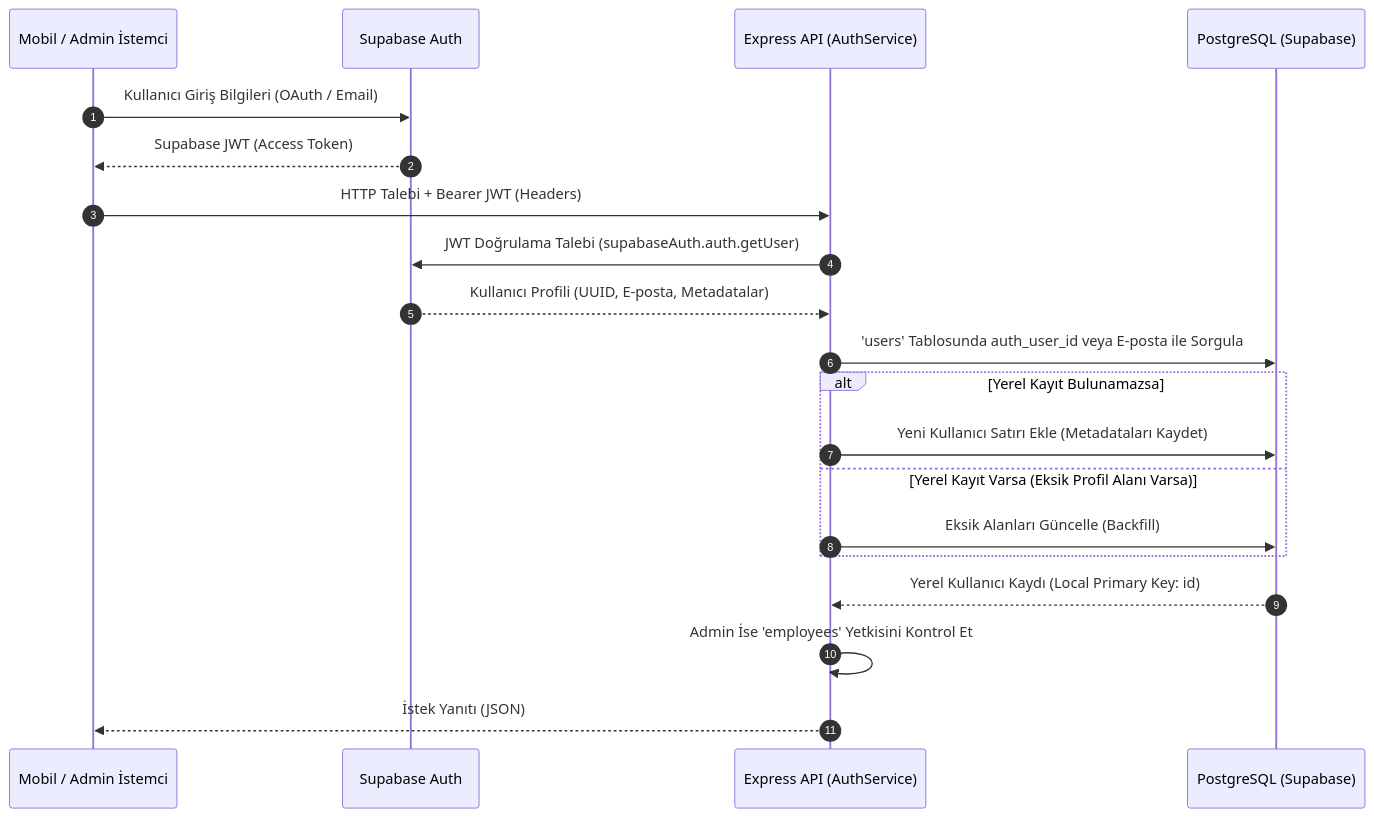
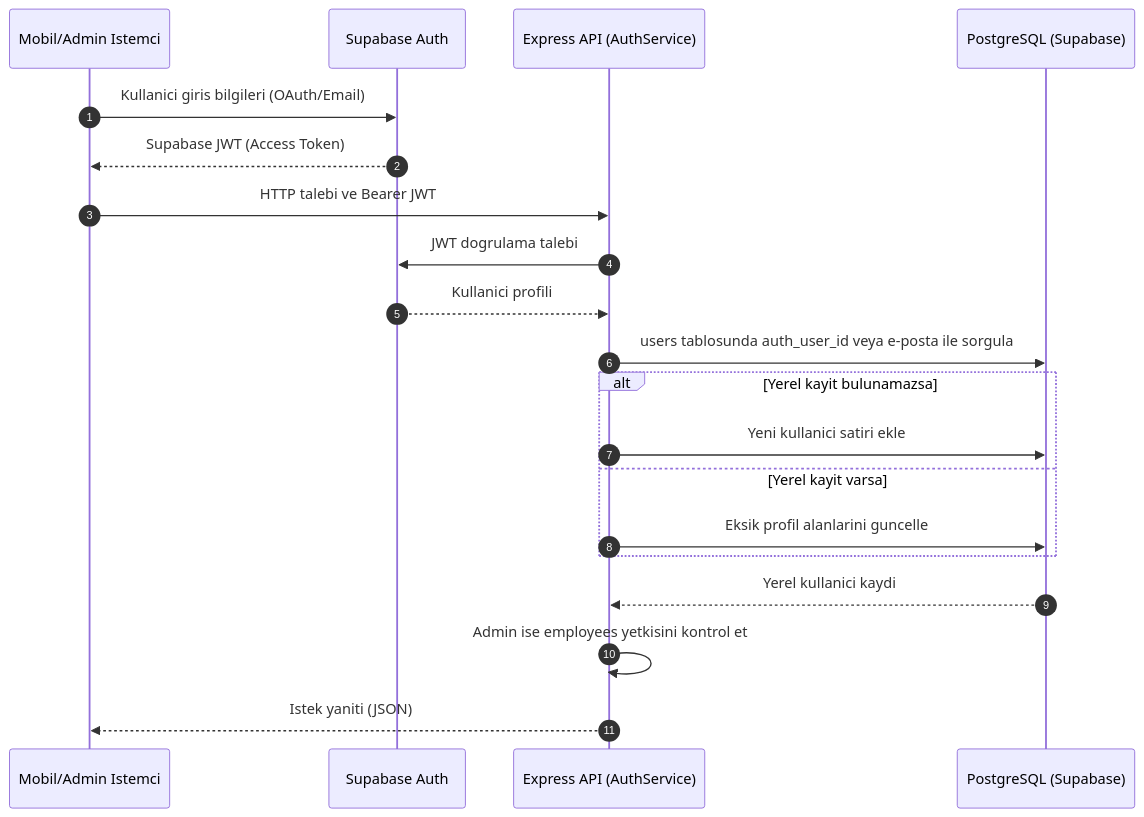
The second of 3 diagrams in README.md (DevBD1/cms-voltops), drawn with Mermaid before and after one commit. The commit also changed other lines of this file, not shown here.

Commit message:
refactor(README): update flowchart and sequence diagram labels for consistency and clarity

````diff
--- a/README.md
+++ b/README.md
@@ -94,23 +94,23 @@
 ```mermaid
 sequenceDiagram
     autonumber
-    participant Client as Mobil / Admin İstemci
+    participant Client as Mobil/Admin Istemci
     participant SupaAuth as Supabase Auth
     participant API as Express API (AuthService)
     participant DB as PostgreSQL (Supabase)
 
-    Client->>SupaAuth: Kullanıcı Giriş Bilgileri (OAuth / Email)
+    Client->>SupaAuth: Kullanici giris bilgileri (OAuth/Email)
     SupaAuth-->>Client: Supabase JWT (Access Token)
-    Client->>API: HTTP Talebi + Bearer JWT (Headers)
-    API->>SupaAuth: JWT Doğrulama Talebi (supabaseAuth.auth.getUser)
-    SupaAuth-->>API: Kullanıcı Profili (UUID, E-posta, Metadatalar)
-    API->>DB: 'users' Tablosunda auth_user_id veya E-posta ile Sorgula
-    alt Yerel Kayıt Bulunamazsa
-        API->>DB: Yeni Kullanıcı Satırı Ekle (Metadataları Kaydet)
-    else Yerel Kayıt Varsa (Eksik Profil Alanı Varsa)
-        API->>DB: Eksik Alanları Güncelle (Backfill)
+    Client->>API: HTTP talebi ve Bearer JWT
+    API->>SupaAuth: JWT dogrulama talebi
+    SupaAuth-->>API: Kullanici profili
+    API->>DB: users tablosunda auth_user_id veya e-posta ile sorgula
+    alt Yerel kayit bulunamazsa
+        API->>DB: Yeni kullanici satiri ekle
+    else Yerel kayit varsa
+        API->>DB: Eksik profil alanlarini guncelle
     end
-    DB-->>API: Yerel Kullanıcı Kaydı (Local Primary Key: id)
-    API->>API: Admin İse 'employees' Yetkisini Kontrol Et
-    API-->>Client: İstek Yanıtı (JSON)
+    DB-->>API: Yerel kullanici kaydi
+    API->>API: Admin ise employees yetkisini kontrol et
+    API-->>Client: Istek yaniti (JSON)
 ```
````
